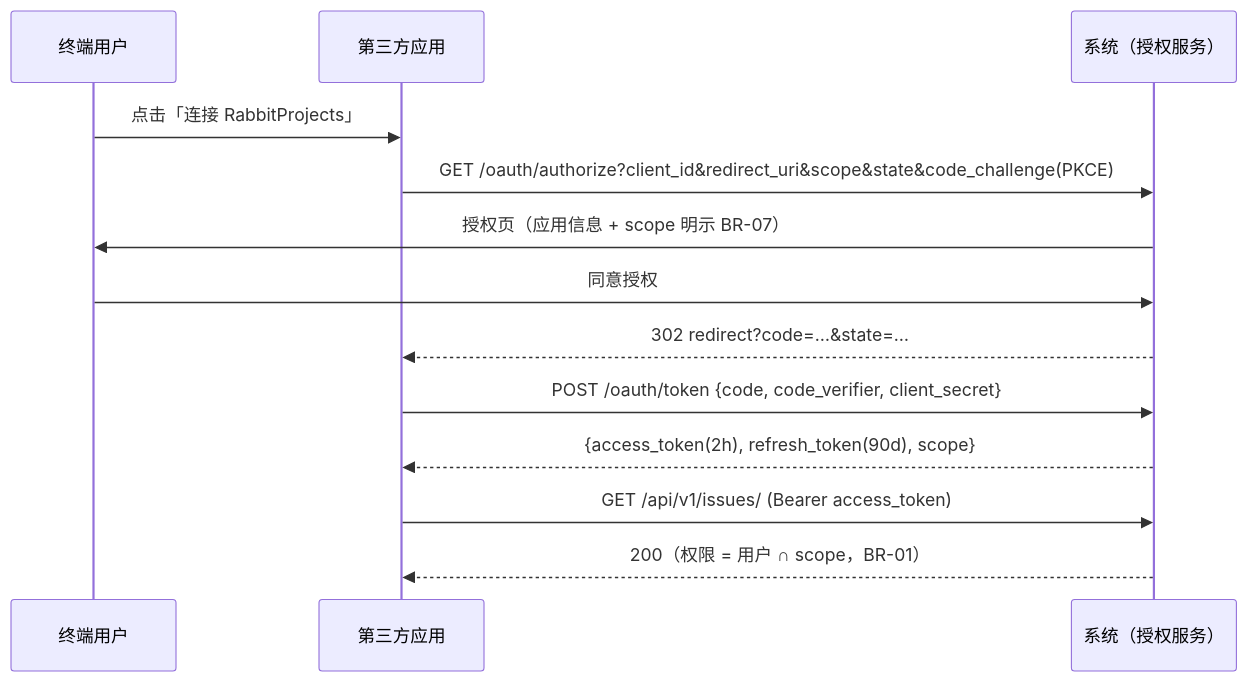
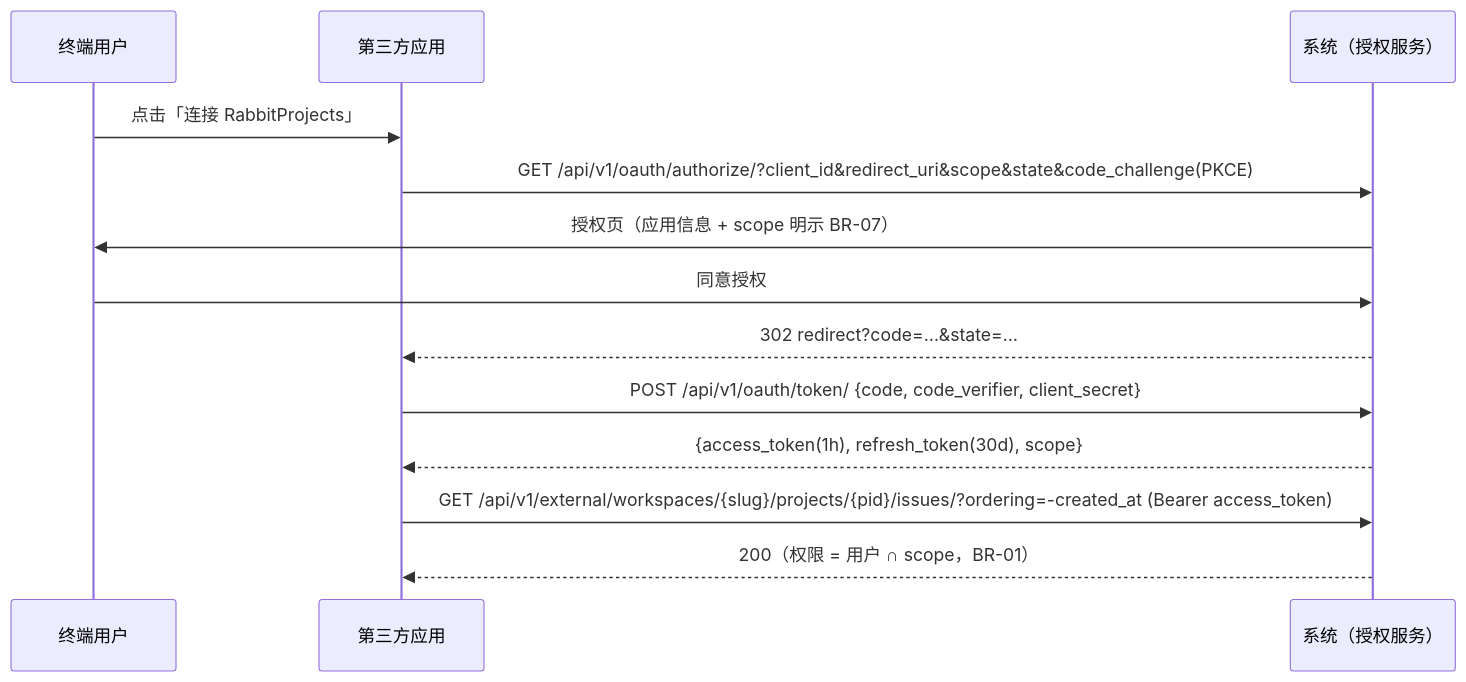
The second of 2 diagrams in docs/sprint-future-p4/INTG-004-open-api.md (RabbitAI-Lab/RabbitProjects), drawn with Mermaid before and after one commit. The commit also changed other lines of this file and 10 other files, not shown here.

````diff
--- a/docs/sprint-future-p4/INTG-004-open-api.md
+++ b/docs/sprint-future-p4/INTG-004-open-api.md
@@ -137,15 +150,15 @@
 ```mermaid
 sequenceDiagram
     participant U as 终端用户
     participant T as 第三方应用
     participant RP as 系统（授权服务）
     U->>T: 点击「连接 RabbitProjects」
-    T->>RP: GET /oauth/authorize?client_id&redirect_uri&scope&state&code_challenge(PKCE)
+    T->>RP: GET /api/v1/oauth/authorize/?client_id&redirect_uri&scope&state&code_challenge(PKCE)
     RP->>U: 授权页（应用信息 + scope 明示 BR-07）
     U->>RP: 同意授权
     RP-->>T: 302 redirect?code=…&state=…
-    T->>RP: POST /oauth/token {code, code_verifier, client_secret}
-    RP-->>T: {access_token(2h), refresh_token(90d), scope}
-    T->>RP: GET /api/v1/issues/ (Bearer access_token)
+    T->>RP: POST /api/v1/oauth/token/ {code, code_verifier, client_secret}
+    RP-->>T: {access_token(1h), refresh_token(30d), scope}
+    T->>RP: GET /api/v1/external/workspaces/{slug}/projects/{pid}/issues/?ordering=-created_at (Bearer access_token)
     RP-->>T: 200（权限 = 用户 ∩ scope，BR-01）
 ```
````
